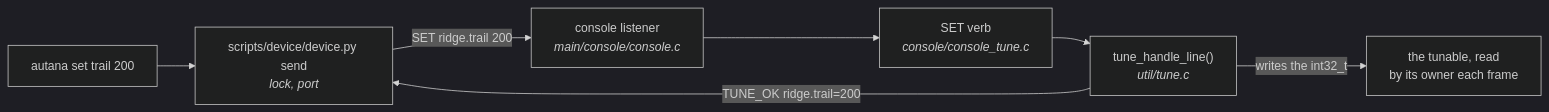
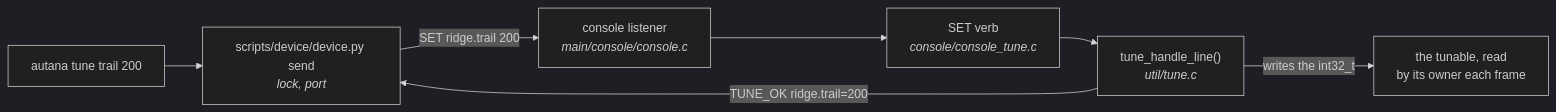
Before and after one commit to jose-villegas/autana: the diagram in docs/tools/Live-Tuning.md, drawn with Mermaid (dark theme). The commit also changed other lines of this file and 7 other files, not shown here.

````diff
--- a/docs/tools/Live-Tuning.md
+++ b/docs/tools/Live-Tuning.md
@@ -47,9 +51,9 @@
 ```mermaid
 flowchart LR
-    T["autana set trail 200"] --> D["scripts/device/device.py send<br/><i>lock, port</i>"]
+    T["autana tune trail 200"] --> D["scripts/device/device.py send<br/><i>lock, port</i>"]
     D -->|"SET ridge.trail 200"| C["console listener<br/><i>main/console/console.c</i>"]
     C --> S["SET verb<br/><i>console/console_tune.c</i>"]
     S --> R["tune_handle_line()<br/><i>util/tune.c</i>"]
     R -->|"writes the int32_t"| V["the tunable, read<br/>by its owner each frame"]
     R -->|"TUNE_OK ridge.trail=200"| D
 ```
````
